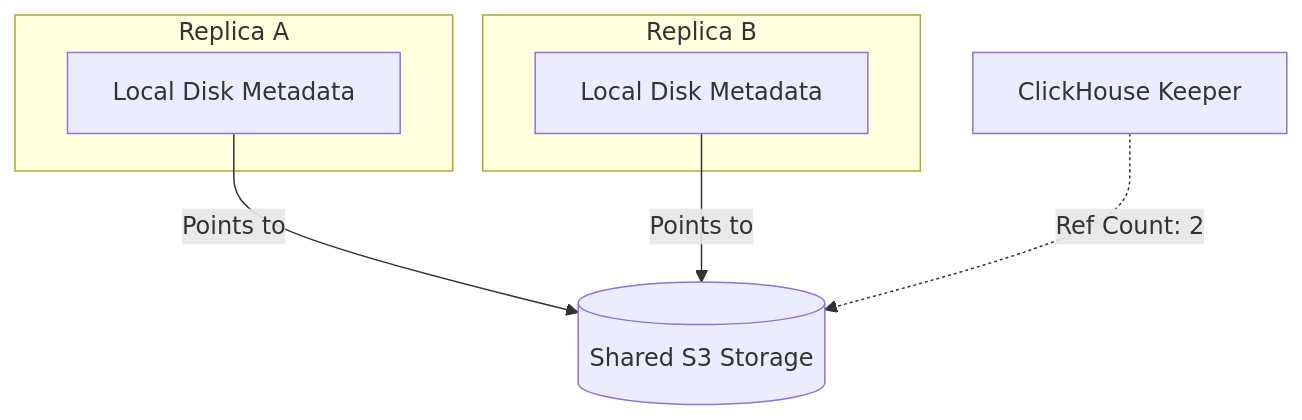
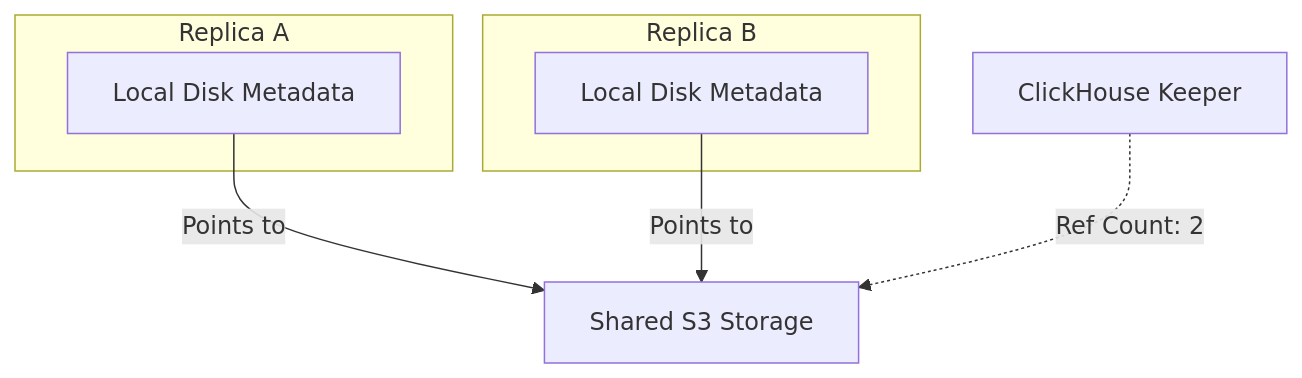
One commit to valerypetrov/clickhouse-dev-guide changed the third of 4 diagrams in MergeTree/object_storage_zero_copy.md. Above: the diagram before and after it, drawn with Mermaid. The commit also changed 4 other files, not shown here.

Commit message:
Quote node labels in Mermaid diagrams to fix GitHub rendering parse errors

````diff
--- a/MergeTree/object_storage_zero_copy.md
+++ b/MergeTree/object_storage_zero_copy.md
@@ -127,19 +127,19 @@
 ```mermaid
 graph TD
-    ZK[ClickHouse Keeper]
+    ZK["ClickHouse Keeper"]
     
     subgraph "Replica A"
-        LocalA[Local Disk Metadata]
+        LocalA["Local Disk Metadata"]
     end
     
     subgraph "Replica B"
-        LocalB[Local Disk Metadata]
+        LocalB["Local Disk Metadata"]
     end
     
-    S3[(Shared S3 Storage)]
+    S3["Shared S3 Storage"]
 
     LocalA -->|Points to| S3
     LocalB -->|Points to| S3
     
     ZK -.->|Ref Count: 2| S3
 ```
````
